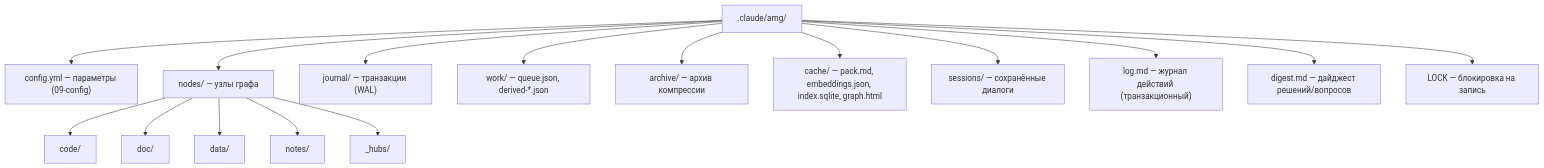
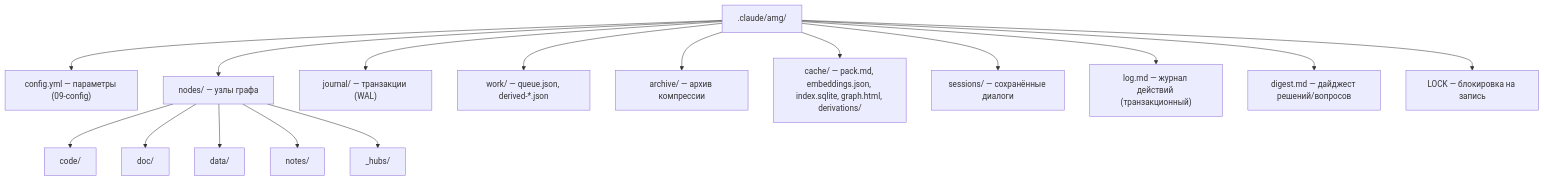
The second of 2 diagrams in docs/ru/architecture/02-data-model.md (Kvazar123/llm-amg), drawn with Mermaid before and after one commit. The commit also changed other lines of this file and 12 other files, not shown here.

````diff
--- a/docs/ru/architecture/02-data-model.md
+++ b/docs/ru/architecture/02-data-model.md
@@ -212,18 +219,18 @@
 ```mermaid
 flowchart TD
     R[".claude/amg/"] --> CFG["config.yml — параметры (09-config)"]
     R --> N["nodes/ — узлы графа"]
     R --> J["journal/ — транзакции (WAL)"]
     R --> W["work/ — queue.json, derived-*.json"]
     R --> A["archive/ — архив компрессии"]
-    R --> CA["cache/ — pack.md, embeddings.json, index.sqlite, graph.html"]
+    R --> CA["cache/ — pack.md, embeddings.json, index.sqlite, graph.html, derivations/"]
     R --> SE["sessions/ — сохранённые диалоги"]
     R --> LG["log.md — журнал действий (транзакционный)"]
     R --> DG["digest.md — дайджест решений/вопросов"]
     R --> L["LOCK — блокировка на запись"]
     N --> NC["code/"]
     N --> ND["doc/"]
     N --> NA["data/"]
     N --> NN["notes/"]
     N --> NH["_hubs/"]
 ```
````
